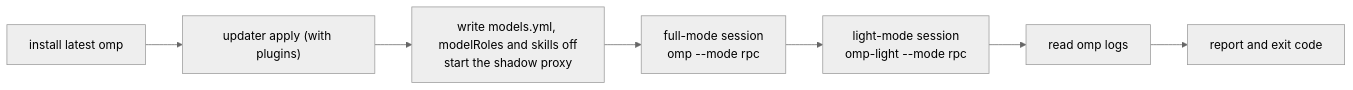
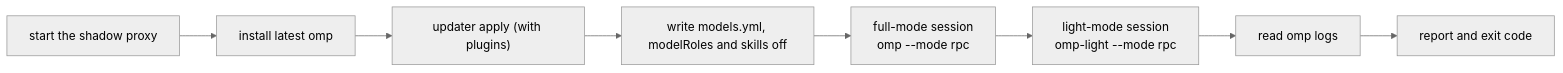
The first of 2 diagrams in ci/README.md (oh-my-omp/omp-config), drawn with Mermaid (neutral theme) before and after one commit. The commit also changed other lines of this file and 1 other file, not shown here.

````diff
--- a/ci/README.md
+++ b/ci/README.md
@@ -50,9 +50,10 @@
 ```mermaid
 flowchart LR
-  install["install latest omp"] --> apply["updater apply (with plugins)"]
-  apply --> models["write models.yml, modelRoles and skills off<br/>start the shadow proxy"]
+  proxy["start the shadow proxy"] --> install["install latest omp"]
+  install --> apply["updater apply (with plugins)"]
+  apply --> models["write models.yml, modelRoles and skills off"]
   models --> full["full-mode session<br/>omp --mode rpc"]
   full --> light["light-mode session<br/>omp-light --mode rpc"]
   light --> logs["read omp logs"]
   logs --> report["report and exit code"]
 ```
````
